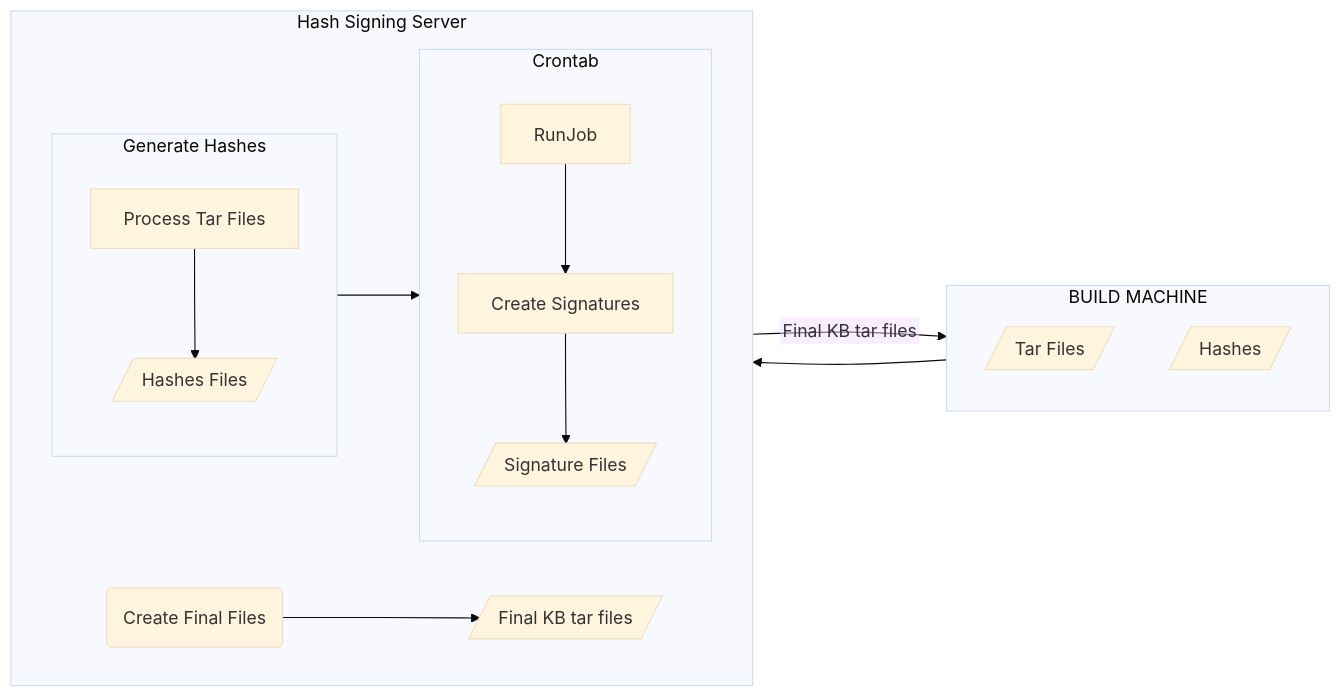
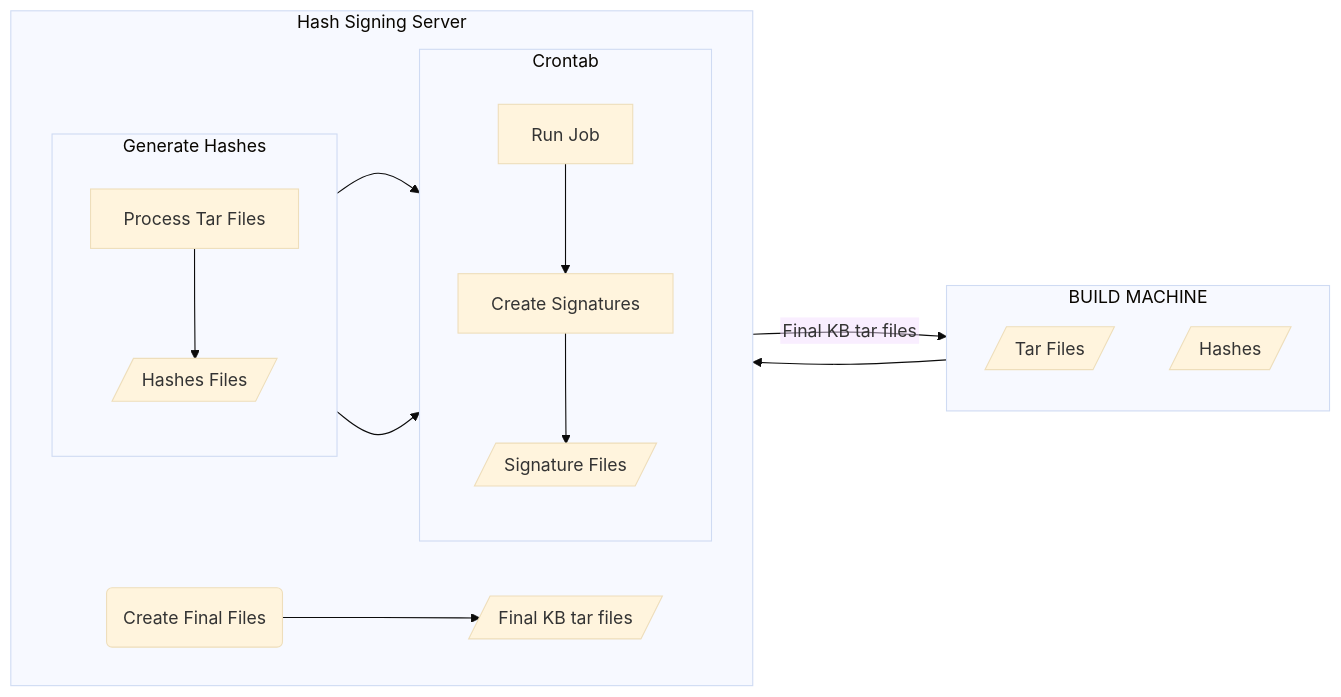
The diagram in README.md (lopezji/test-repository), drawn with Mermaid (base theme) before and after one commit.

Commit message:
Working diagrams

````diff
--- a/README.md
+++ b/README.md
@@ -4,33 +4,34 @@
 ```mermaid
 %%{init: {"flowchart": {"htmlLabels": false}} }%%
 flowchart LR
     subgraph a["BUILD MACHINE"]
         direction TB
             a1[/Tar Files/]
             a2[/Hashes/]
     end
 
      subgraph b["Hash Signing Server"]
         direction LR
             subgraph b1[Generate Hashes]
                 direction TB
                  b11[Process Tar Files] --> b12[/Hashes Files/]
             end
 
-            subgraph Crontab
+            subgraph b2["Crontab"]
                 direction TB 
-                RunJob --> b2[Create Signatures]
-                b2 --> b3[/Signature Files/]
+                b21["Run Job"] --> b22[Create Signatures]
+                b22 --> b23[/Signature Files/]
             end 
 
             c1("Create Final Files") --> c2[/Final KB tar files/]
 
 
-            b12 --> Crontab
+            b1 --> b2
+            b12 --> b21
             
      end               
 
      a --> b
 
      b -- "Final KB tar files" --> a
 ```
````
